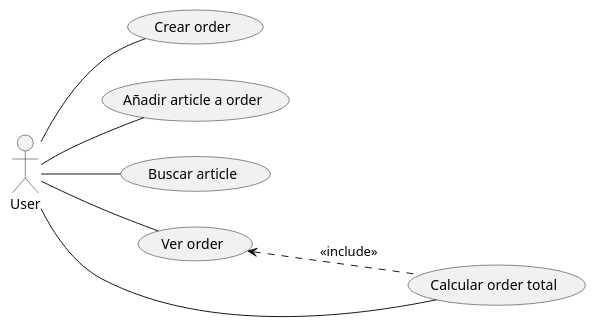
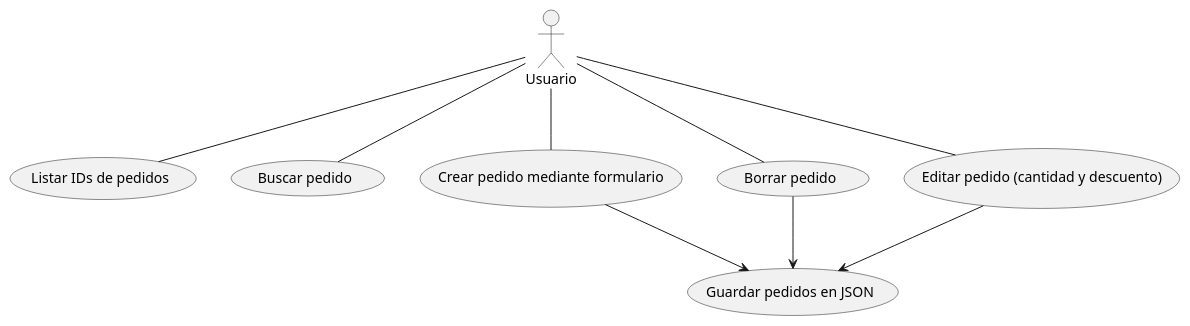
The diagram in src/main/resources/plantuml/casos_uso.puml (GuillermoRodriguez-UniversidadEuropea/GuillermoRodriguezM22), drawn with PlantUML before and after one commit. The commit also changed 6 other files, not shown here.

Commit message:
Nuevos casos de uso en la app

```diff
--- a/src/main/resources/plantuml/casos_uso.puml
+++ b/src/main/resources/plantuml/casos_uso.puml
@@ -1,21 +1,20 @@
-@startuml Casos_de_Uso
-left to right direction
+@startuml
+actor Usuario
 
-actor "User" as User
+usecase "Listar IDs de pedidos" as UC1
+usecase "Buscar pedido" as UC2
+usecase "Crear pedido mediante formulario" as UC3
+usecase "Borrar pedido" as UC4
+usecase "Editar pedido (cantidad y descuento)" as UC5
+usecase "Guardar pedidos en JSON" as UC6
 
-usecase "Crear order" as UC1
+Usuario -- UC1
+Usuario -- UC2
+Usuario -- UC3
+Usuario -- UC4
+Usuario -- UC5
 
-usecase "Añadir article a order" as UC2
-usecase "Buscar article" as UC3
-usecase "Ver order" as UC4
-usecase "Calcular order total" as UC5
-
-User -- UC1
-User -- UC2
-User -- UC3
-User -- UC4
-User -- UC5
-
-UC4 <.. UC5 : <<include>>
-
+UC3 --> UC6
+UC4 --> UC6
+UC5 --> UC6
 @enduml
```
